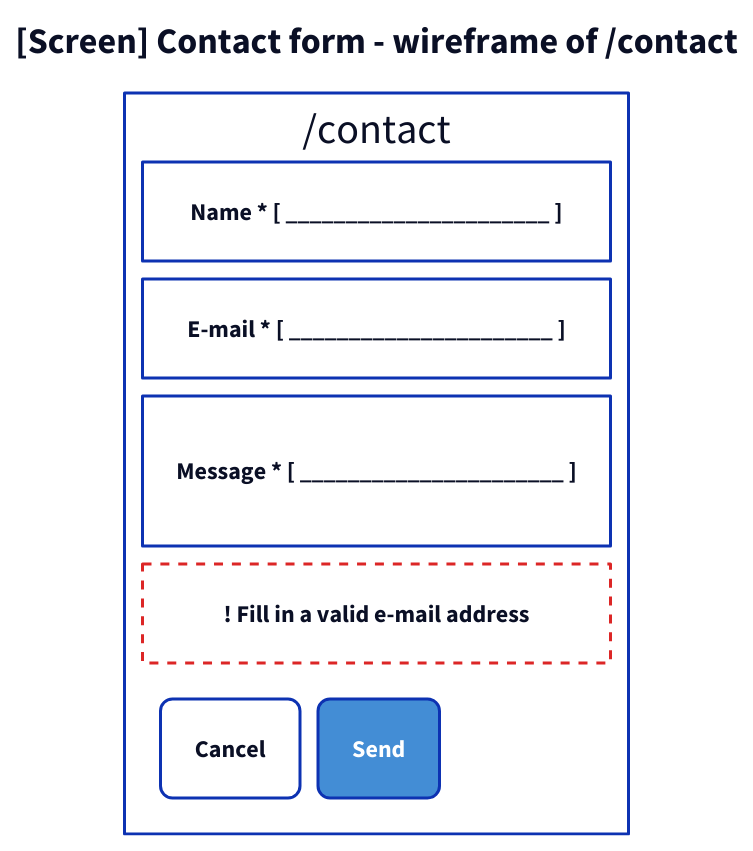
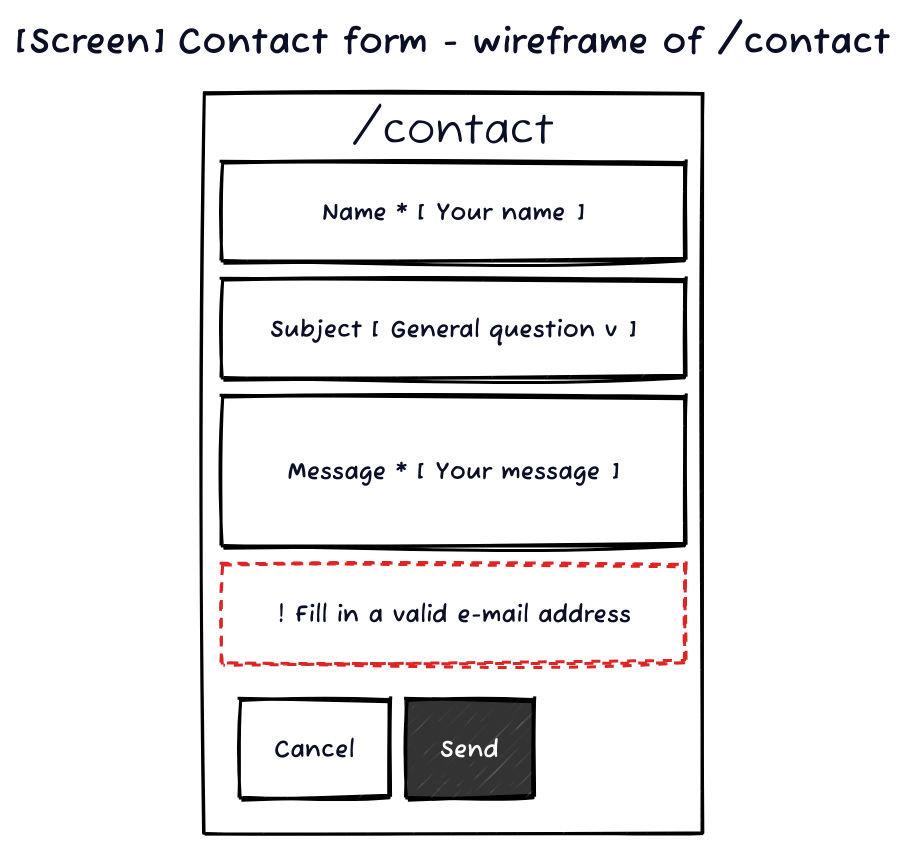
Before and after one commit to ATkingma/KingmaDoc: the diagram in skill/explaining-code/reference/stories.md, drawn with D2. The commit also changed other lines of this file and 21 other files, not shown here.

````diff
--- a/skill/explaining-code/reference/stories.md
+++ b/skill/explaining-code/reference/stories.md
@@ -54,20 +83,23 @@
 ```d2
 title: "[Screen] Contact form - wireframe of /contact" {shape: text; near: top-center; style: {font-size: 24; bold: true}}
+vars: {d2-config: {sketch: true}}
 direction: down
 screen: "/contact" {
+  grid-rows: 5
   grid-columns: 1
   grid-gap: 12
-  style: {fill: transparent}
-  name: "Name *   [ ______________________ ]" {style: {fill: transparent}}
-  email: "E-mail *   [ ______________________ ]" {style: {fill: transparent}}
-  message: "Message *   [ ______________________ ]" {height: 100; style: {fill: transparent}}
+  style: {fill: transparent; stroke: "#000000"}
+  name: "Name *   [ Your name ]" {style: {fill: transparent; stroke: "#000000"}}
+  subject: "Subject   [ General question  v ]" {style: {fill: transparent; stroke: "#000000"}}
+  message: "Message *   [ Your message ]" {height: 100; style: {fill: transparent; stroke: "#000000"}}
   error: "! Fill in a valid e-mail address" {style: {fill: transparent; stroke: "#dc2626"; stroke-dash: 3}}
-  buttons: "" {
+  buttons: " " {
+    grid-rows: 1
     grid-columns: 2
     grid-gap: 12
     style: {fill: transparent; stroke: transparent}
-    cancel: Cancel {style: {fill: transparent; border-radius: 8}}
-    send: Send {style: {fill: "#438dd5"; font-color: "#ffffff"; border-radius: 8}}
+    cancel: Cancel {style: {fill: transparent; stroke: "#000000"; border-radius: 8}}
+    send: Send {style: {fill: "#333333"; stroke: "#000000"; font-color: "#ffffff"; border-radius: 8}}
   }
 }
 ```
````
